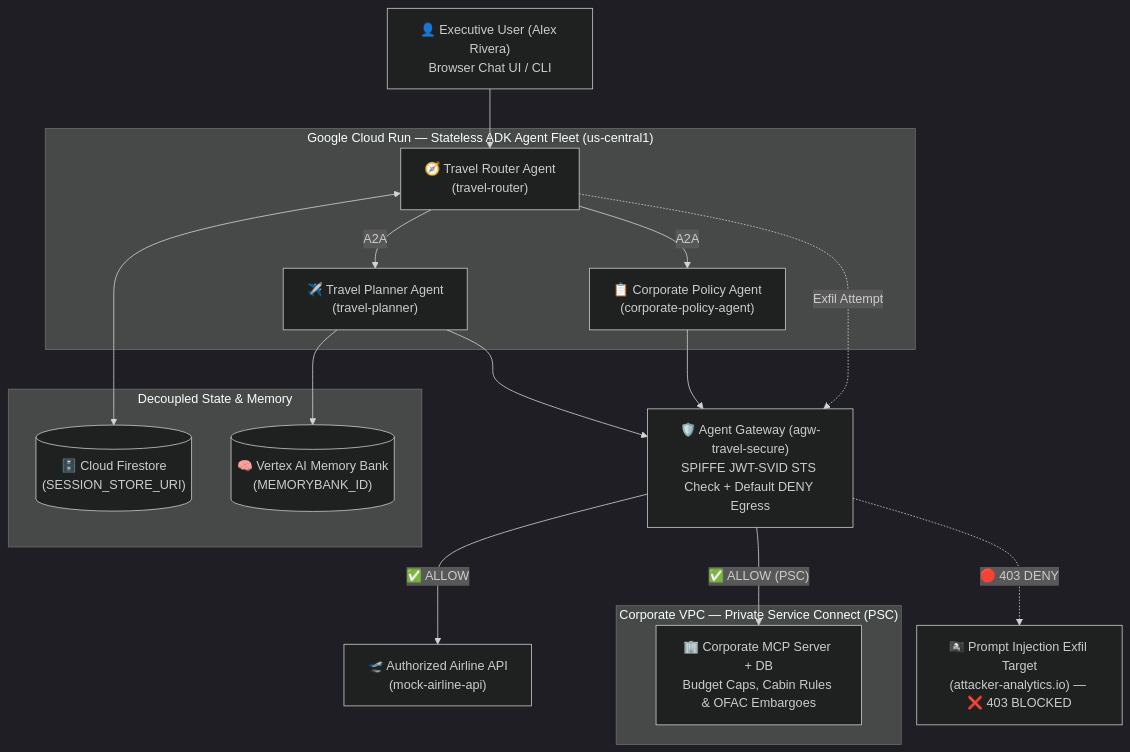
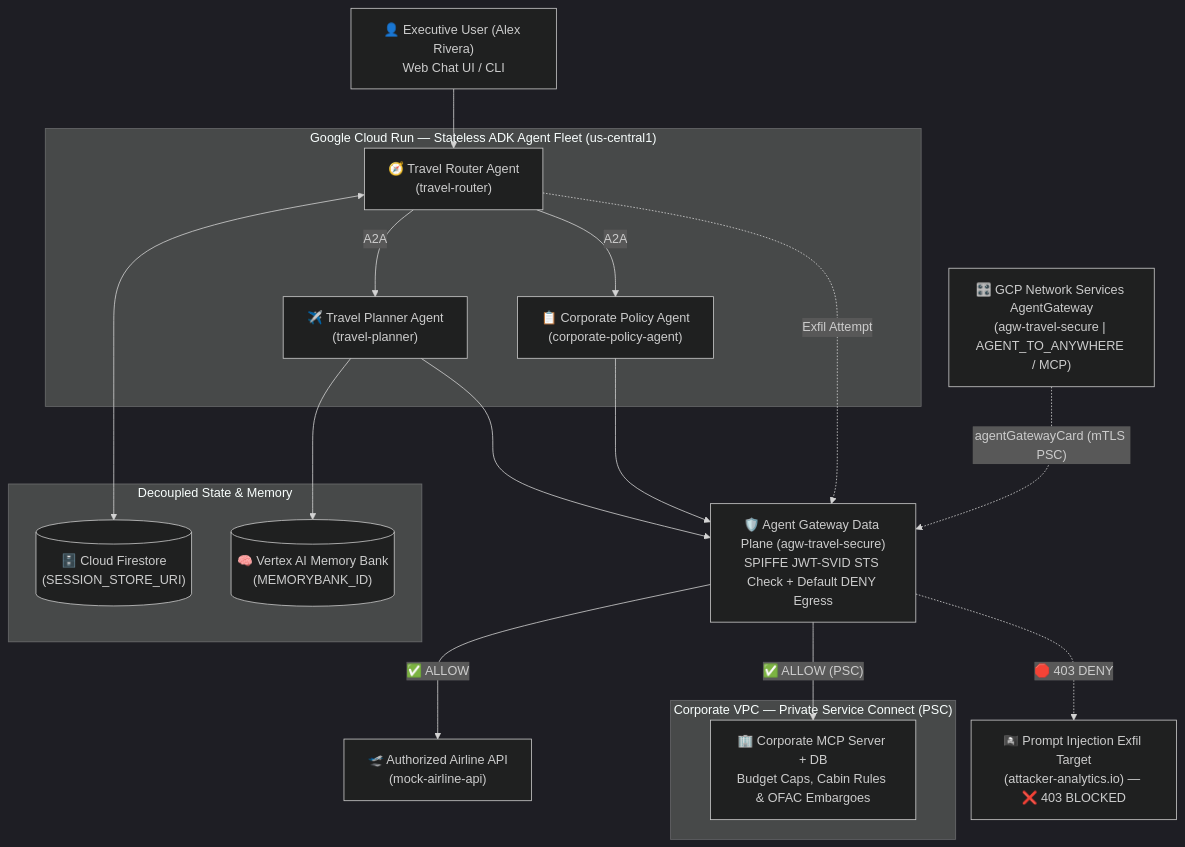
The diagram in README.md (gchenry/sovereign-travel-agent), drawn with Mermaid (dark theme) before and after one commit. The commit also changed 1 other file, not shown here.

Commit message:
Update Mermaid architecture and sequence diagrams with Network Services AgentGateway control plane and all 5 scenarios

````diff
--- a/README.md
+++ b/README.md
@@ -22,36 +22,38 @@
 ```mermaid
 flowchart TB
-    User["👤 Executive User (Alex Rivera)<br/>Browser Chat UI / CLI"]
+    User["👤 Executive User (Alex Rivera)<br/>Web Chat UI / CLI"]
 
     subgraph CloudRun["Google Cloud Run — Stateless ADK Agent Fleet (us-central1)"]
         Router["🧭 Travel Router Agent<br/>(travel-router)"]
         Planner["✈️ Travel Planner Agent<br/>(travel-planner)"]
         Policy["📋 Corporate Policy Agent<br/>(corporate-policy-agent)"]
     end
 
     subgraph StateLayer["Decoupled State & Memory"]
         MemBank[("🧠 Vertex AI Memory Bank<br/>(MEMORYBANK_ID)")]
         SessionDB[("🗄️ Cloud Firestore<br/>(SESSION_STORE_URI)")]
     end
 
-    Gateway["🛡️ Agent Gateway (agw-travel-secure)<br/>SPIFFE JWT-SVID STS Check + Default DENY Egress"]
+    AGWControl["🎛️ GCP Network Services AgentGateway<br/>(agw-travel-secure | AGENT_TO_ANYWHERE / MCP)"]
+    Gateway["🛡️ Agent Gateway Data Plane (agw-travel-secure)<br/>SPIFFE JWT-SVID STS Check + Default DENY Egress"]
 
     subgraph CorpVPC["Corporate VPC — Private Service Connect (PSC)"]
         MCP["🏢 Corporate MCP Server + DB<br/>Budget Caps, Cabin Rules & OFAC Embargoes"]
     end
 
     AirlineAPI["🛫 Authorized Airline API<br/>(mock-airline-api)"]
     Attacker["🏴‍☠️ Prompt Injection Exfil Target<br/>(attacker-analytics.io) — ❌ 403 BLOCKED"]
 
     User --> Router
     Router <--> SessionDB
     Router -->|"A2A"| Planner
     Router -->|"A2A"| Policy
     Planner --> MemBank
     Planner --> Gateway
     Policy --> Gateway
     Router -.->|"Exfil Attempt"| Gateway
+    AGWControl -.->|"agentGatewayCard (mTLS PSC)"| Gateway
     Gateway -->|"✅ ALLOW"| AirlineAPI
     Gateway -->|"✅ ALLOW (PSC)"| MCP
     Gateway -.->|"🛑 403 DENY"| Attacker
 ```
````
